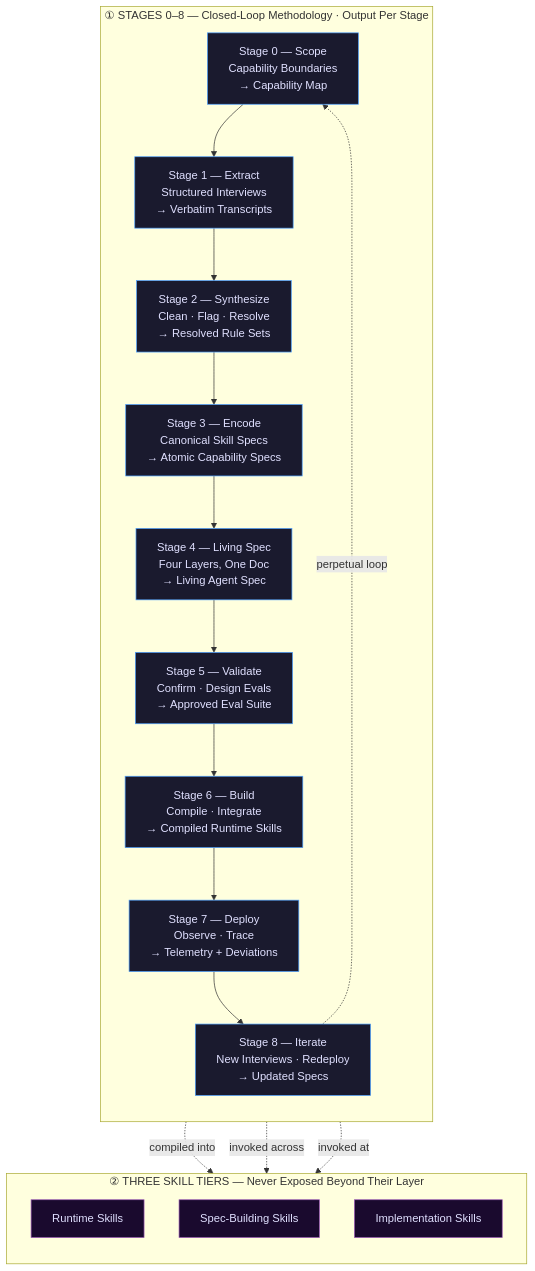
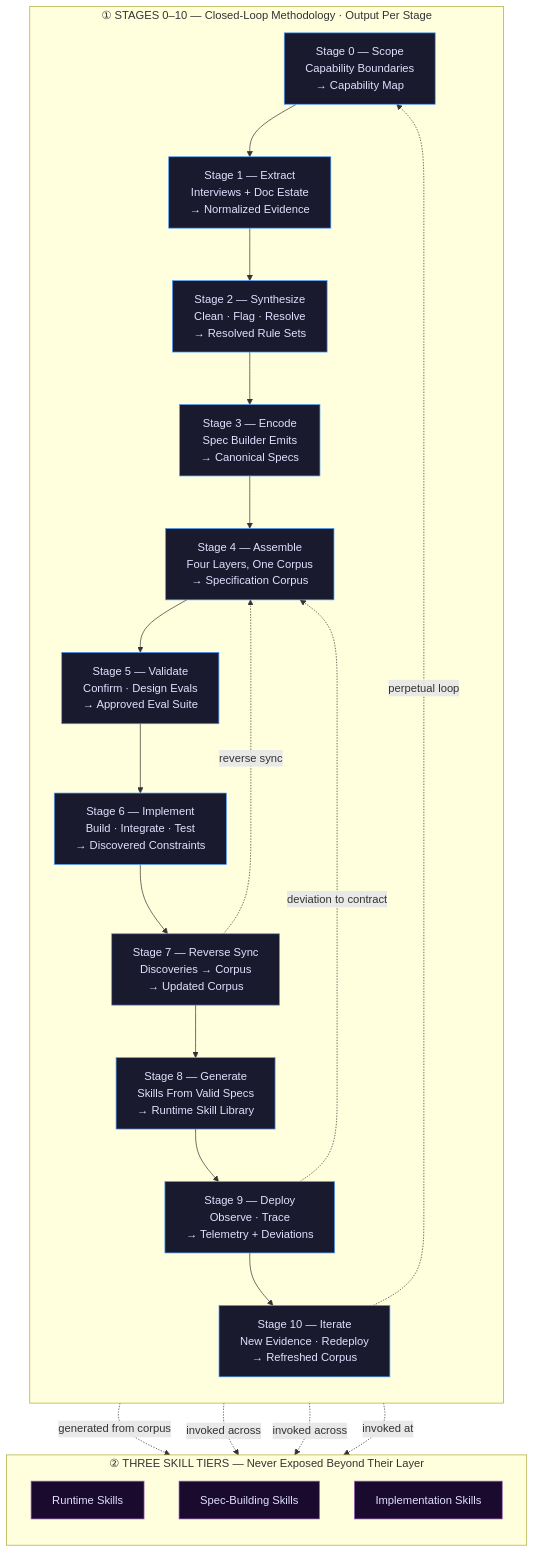
The first of 11 diagrams in README.md (bryancalabro/bryancalabro), drawn with Mermaid before and after one commit. The commit also changed other lines of this file, not shown here.

Commit message:
minor edit to graph

````diff
--- a/README.md
+++ b/README.md
@@ -31,34 +31,39 @@
 ```mermaid
 flowchart TD
-    subgraph LOOP["① STAGES 0–8 — Closed-Loop Methodology · Output Per Stage"]
+    subgraph LOOP["① STAGES 0–10 — Closed-Loop Methodology · Output Per Stage"]
         direction TB
         S0["Stage 0 — Scope<br/>Capability Boundaries<br/>→ Capability Map"]
-        S1["Stage 1 — Extract<br/>Structured Interviews<br/>→ Verbatim Transcripts"]
+        S1["Stage 1 — Extract<br/>Interviews + Doc Estate<br/>→ Normalized Evidence"]
         S2["Stage 2 — Synthesize<br/>Clean · Flag · Resolve<br/>→ Resolved Rule Sets"]
-        S3["Stage 3 — Encode<br/>Canonical Skill Specs<br/>→ Atomic Capability Specs"]
-        S4["Stage 4 — Living Spec<br/>Four Layers, One Doc<br/>→ Living Agent Spec"]
+        S3["Stage 3 — Encode<br/>Spec Builder Emits<br/>→ Canonical Specs"]
+        S4["Stage 4 — Assemble<br/>Four Layers, One Corpus<br/>→ Specification Corpus"]
         S5["Stage 5 — Validate<br/>Confirm · Design Evals<br/>→ Approved Eval Suite"]
-        S6["Stage 6 — Build<br/>Compile · Integrate<br/>→ Compiled Runtime Skills"]
-        S7["Stage 7 — Deploy<br/>Observe · Trace<br/>→ Telemetry + Deviations"]
-        S8["Stage 8 — Iterate<br/>New Interviews · Redeploy<br/>→ Updated Specs"]
-        S0 --> S1 --> S2 --> S3 --> S4 --> S5 --> S6 --> S7 --> S8
-        S8 -.->|perpetual loop| S0
+        S6["Stage 6 — Implement<br/>Build · Integrate · Test<br/>→ Discovered Constraints"]
+        S7["Stage 7 — Reverse Sync<br/>Discoveries → Corpus<br/>→ Updated Corpus"]
+        S8["Stage 8 — Generate<br/>Skills From Valid Specs<br/>→ Runtime Skill Library"]
+        S9["Stage 9 — Deploy<br/>Observe · Trace<br/>→ Telemetry + Deviations"]
+        S10["Stage 10 — Iterate<br/>New Evidence · Redeploy<br/>→ Refreshed Corpus"]
+        S0 --> S1 --> S2 --> S3 --> S4 --> S5 --> S6 --> S7 --> S8 --> S9 --> S10
+        S7 -.->|reverse sync| S4
+        S9 -.->|deviation to contract| S4
+        S10 -.->|perpetual loop| S0
     end
 
     subgraph TIERS["② THREE SKILL TIERS — Never Exposed Beyond Their Layer"]
         direction TB
         RT[Runtime Skills]
         SB[Spec-Building Skills]
         IM[Implementation Skills]
     end
 
-    S3 -.->|compiled into| RT
+    S8 -.->|generated from corpus| RT
     S2 -.->|invoked across| SB
+    S7 -.->|invoked across| SB
     S6 -.->|invoked at| IM
 
     classDef loopStyle fill:#1a1a2e,stroke:#4a9eff,color:#e0e0ff
     classDef tierStyle fill:#1a0a2e,stroke:#9b59b6,color:#e0e0ff
 
-    class S0,S1,S2,S3,S4,S5,S6,S7,S8 loopStyle
+    class S0,S1,S2,S3,S4,S5,S6,S7,S8,S9,S10 loopStyle
     class RT,SB,IM tierStyle
 ```
````
